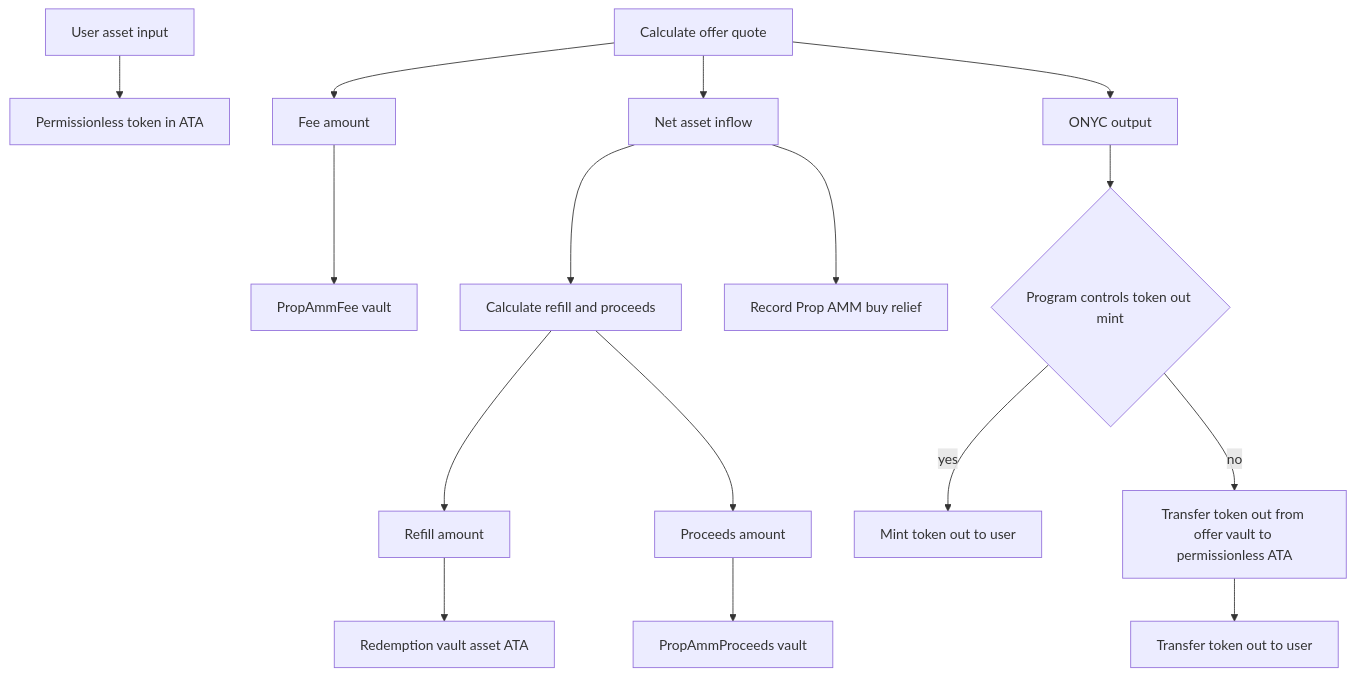
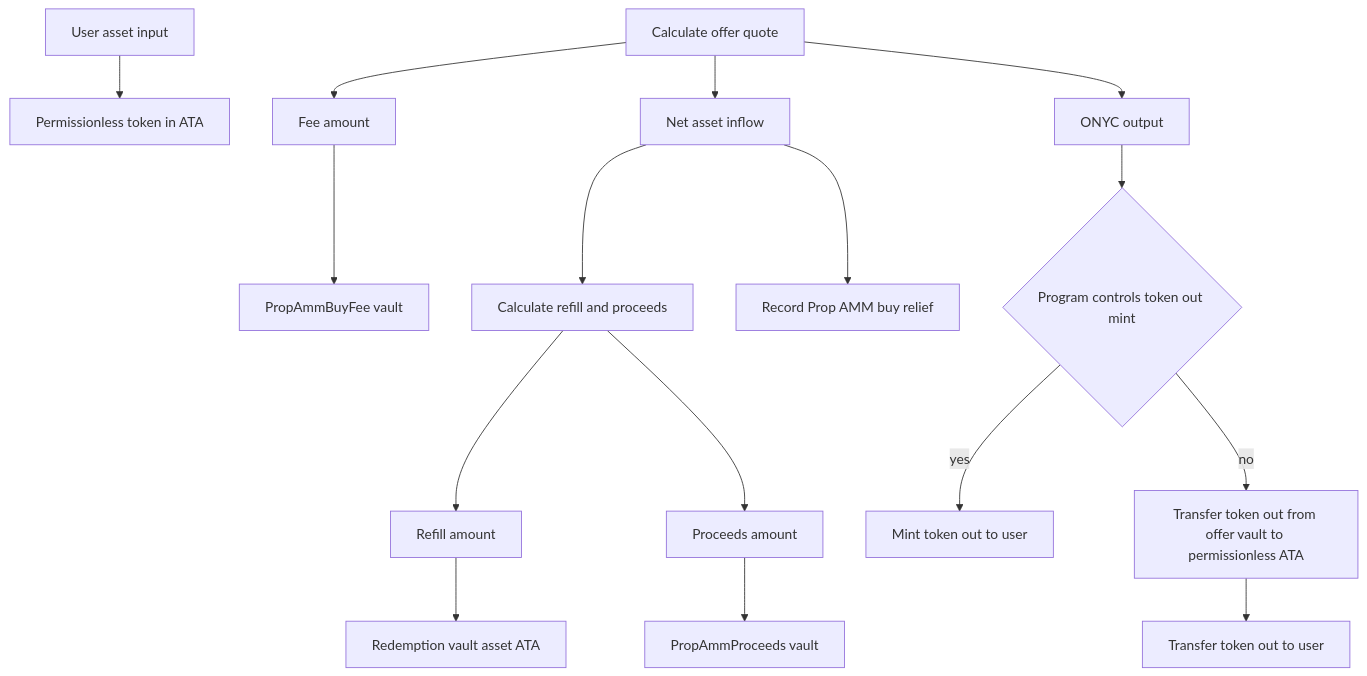
One commit to talllo/onre-sol-fuzz changed the seventh of 8 diagrams in docs/TOKEN_FLOW_ROUTING.md. Above: the diagram before and after it, drawn with Mermaid. The commit also changed other lines of this file and 3 other files, not shown here.

Commit message:
Expose prop amm sell fee in redemption CLI

````diff
--- a/docs/TOKEN_FLOW_ROUTING.md
+++ b/docs/TOKEN_FLOW_ROUTING.md
@@ -185,22 +188,22 @@
 ```mermaid
 flowchart TD
     Calc[Calculate offer quote] --> Fee[Fee amount]
     UserIn[User asset input] --> IntermediaryIn[Permissionless token in ATA]
     Calc --> Net[Net asset inflow]
     Calc --> Out[ONYC output]
 
-    Fee --> AmmFee[PropAmmFee vault]
+    Fee --> AmmFee[PropAmmBuyFee vault]
 
     Net --> Split[Calculate refill and proceeds]
     Split --> Refill[Refill amount]
     Split --> Proceeds[Proceeds amount]
     Refill --> RedemptionVault[Redemption vault asset ATA]
     Proceeds --> AmmProceeds[PropAmmProceeds vault]
 
     Net --> RecordBuy[Record Prop AMM buy relief]
 
     Out --> OutMintMode{Program controls token out mint}
     OutMintMode -- yes --> Mint[Mint token out to user]
     OutMintMode -- no --> VaultToIntermediary[Transfer token out from offer vault to permissionless ATA]
     VaultToIntermediary --> UserOut[Transfer token out to user]
 ```
````
